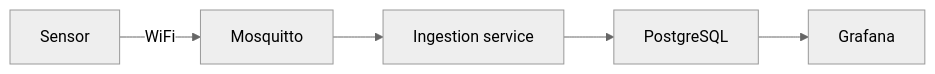
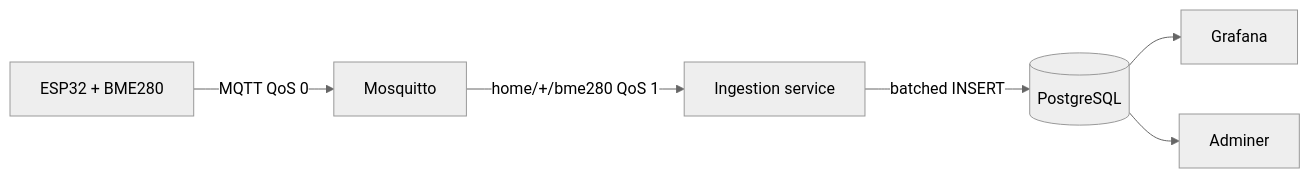
The diagram in README.md (joelfrens/home-automation), drawn with Mermaid (neutral theme) before and after one commit. The commit also changed other lines of this file and 1 other file, not shown here.

````diff
--- a/README.md
+++ b/README.md
@@ -20,7 +11,8 @@
 ```mermaid
 flowchart LR
-    A[Sensor] -->|WiFi| B[Mosquitto]
-    B --> C[Ingestion service]
-    C --> D[PostgreSQL]
+    A[ESP32 + BME280] -->|MQTT QoS 0| B[Mosquitto]
+    B -->|home/+/bme280 QoS 1| C[Ingestion service]
+    C -->|batched INSERT| D[(PostgreSQL)]
     D --> E[Grafana]
+    D --> F[Adminer]
 ```
````
